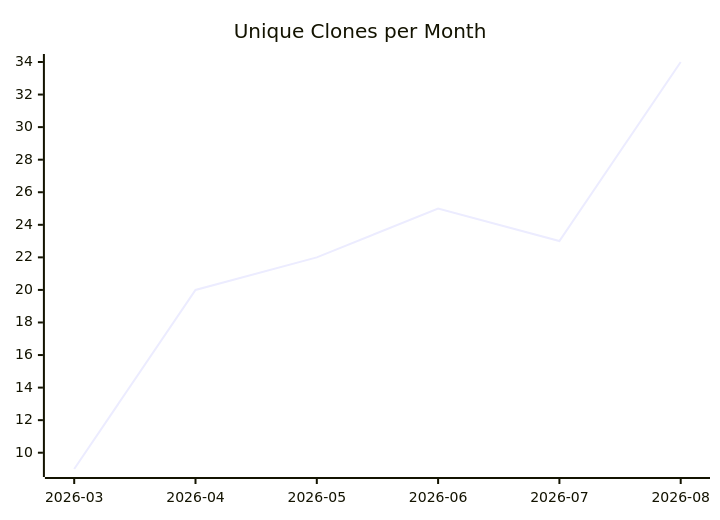
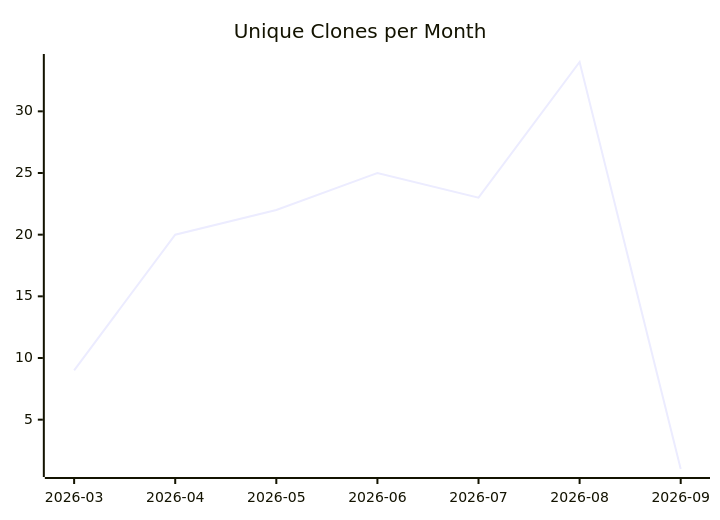
One commit to justdavis-family/github-analytics-data changed the third of 3 diagrams in karlmdavis/kxml2/README.md. Above: the diagram before and after it, drawn with Mermaid. The commit also changed other lines of this file and 191 other files, not shown here.

````diff
--- a/karlmdavis/kxml2/README.md
+++ b/karlmdavis/kxml2/README.md
@@ -19,6 +19,6 @@
 ```mermaid
 xychart-beta
   title "Unique Clones per Month"
-  x-axis ["2026-03", "2026-04", "2026-05", "2026-06", "2026-07", "2026-08"]
-  line [9, 20, 22, 25, 23, 34]
+  x-axis ["2026-03", "2026-04", "2026-05", "2026-06", "2026-07", "2026-08", "2026-09"]
+  line [9, 20, 22, 25, 23, 34, 1]
 ```
````
